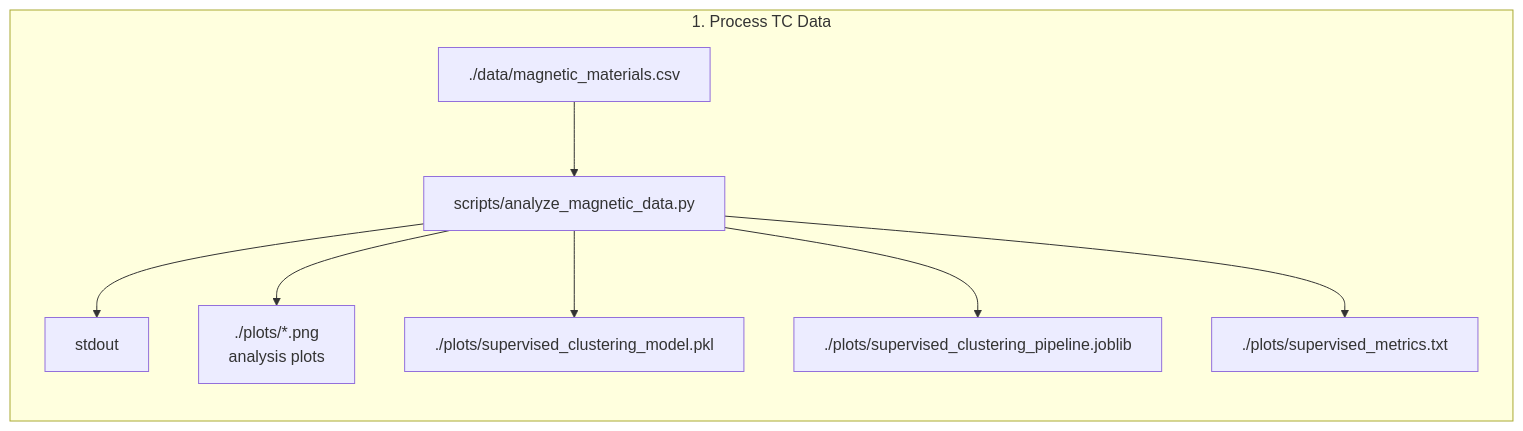
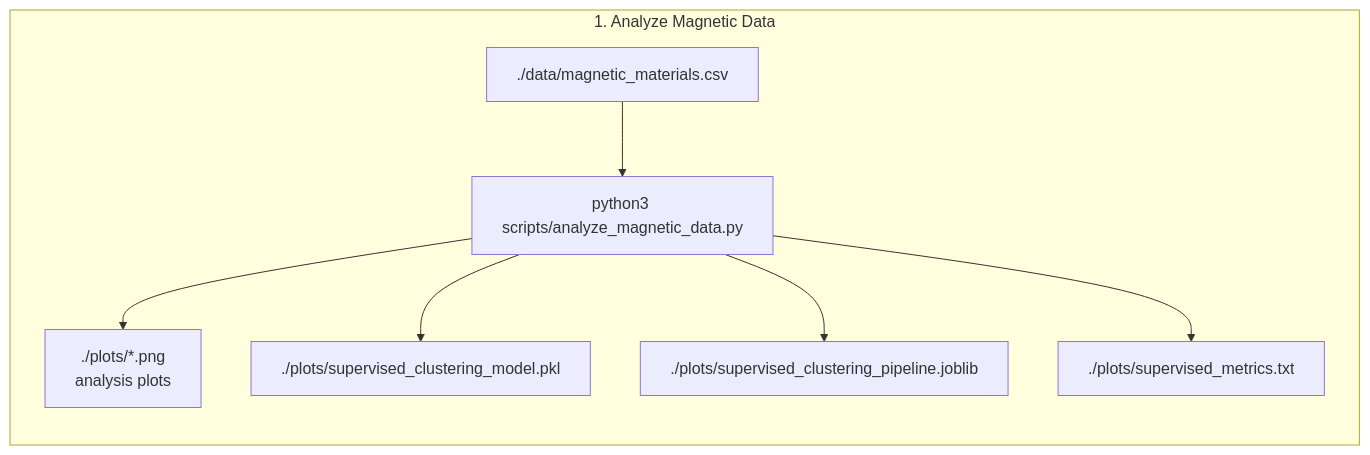
One commit to MaMMoS-project/ML-models changed the diagram in beyond-stoner-wohlfarth/inverse-single-grain-easy-axis-model/README.md. Above: the diagram before and after it, drawn with Mermaid.

Commit message:
test chart

````diff
--- a/beyond-stoner-wohlfarth/inverse-single-grain-easy-axis-model/README.md
+++ b/beyond-stoner-wohlfarth/inverse-single-grain-easy-axis-model/README.md
@@ -22,15 +22,14 @@
 ```mermaid
 flowchart LR
 
-    subgraph cluster_0["1. Process TC Data"]
+    subgraph cluster_0["1. Analyze Magnetic Data"]
         direction TB
 
-        A0["./data/magnetic_materials.csv"] --> B0["scripts/analyze_magnetic_data.py"]
+        A0["./data/magnetic_materials.csv"] --> B0["python3 scripts/analyze_magnetic_data.py"]
 
-        B0 --> O0["stdout"]
         B0 --> O1["./plots/*.png<br/>analysis plots"]
         B0 --> O2["./plots/supervised_clustering_model.pkl"]
         B0 --> O3["./plots/supervised_clustering_pipeline.joblib"]
         B0 --> O4["./plots/supervised_metrics.txt"]
     end
 ```
````
